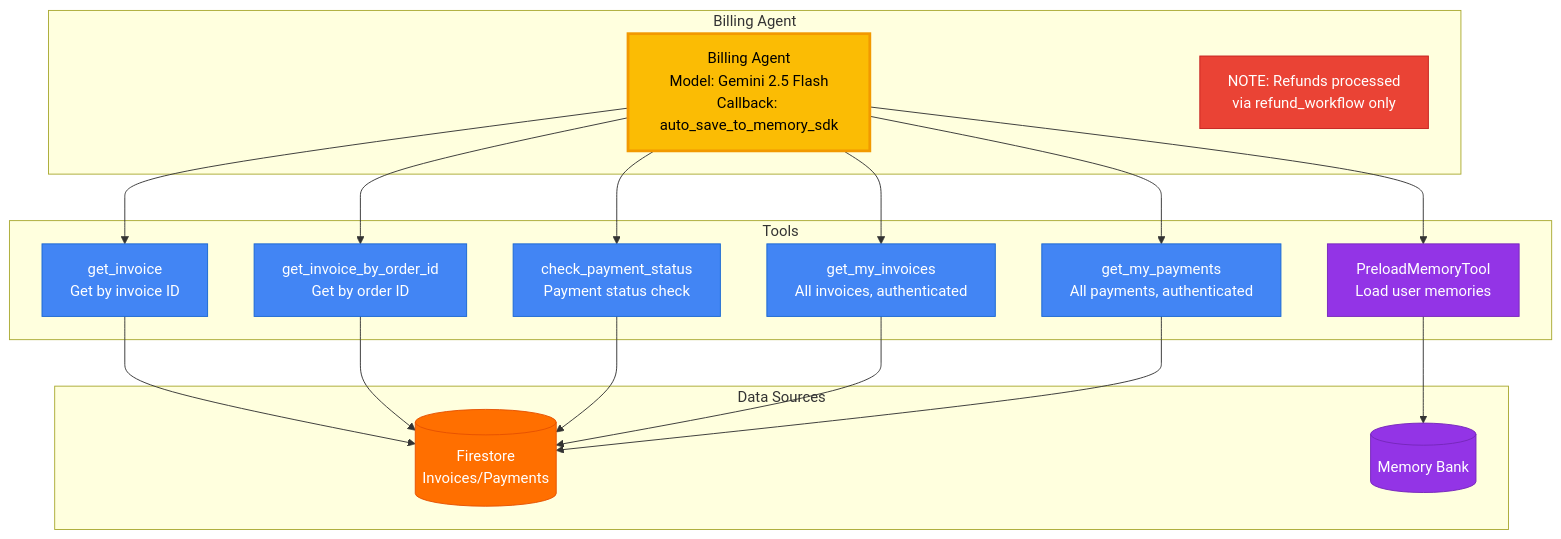
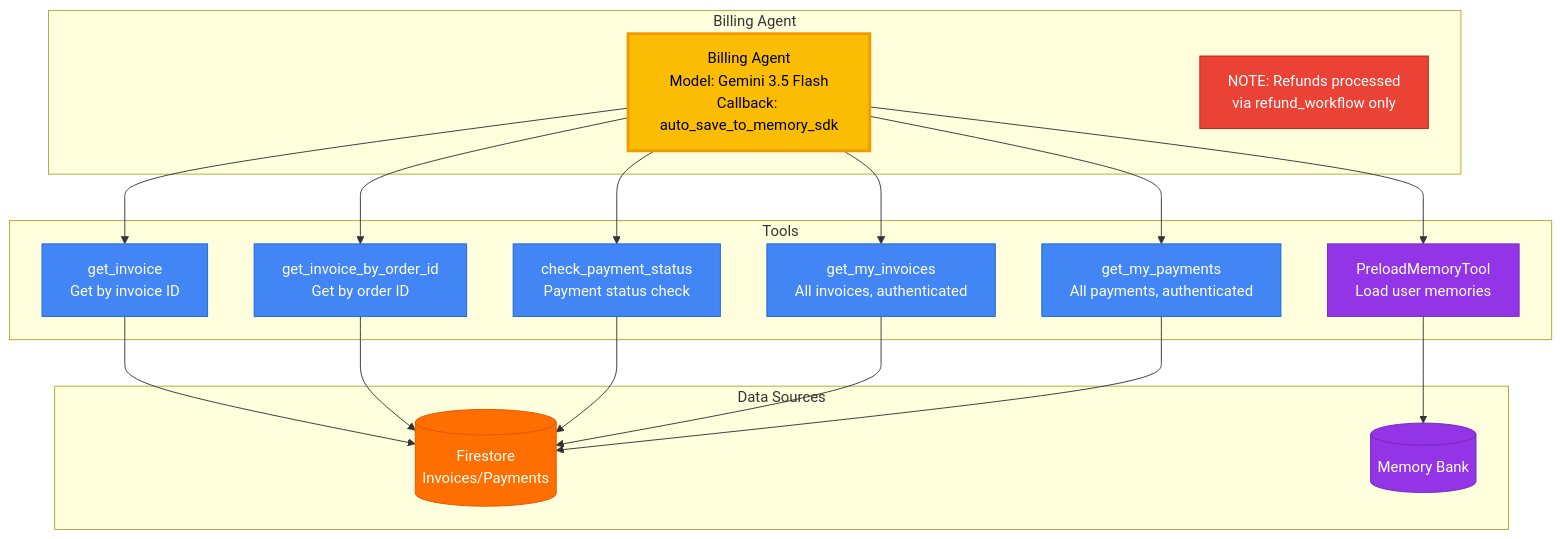
One commit to Saoussen-CH/adk-multiagent-production-template changed the sixth of 6 diagrams in docs/ARCHITECTURE.md. Above: the diagram before and after it, drawn with Mermaid. The commit also changed other lines of this file and 10 other files, not shown here.

First line of the commit message:
docs: update stale Gemini 2.5 Pro/Flash references to 3.5 Flash

````diff
--- a/docs/ARCHITECTURE.md
+++ b/docs/ARCHITECTURE.md
@@ -388,46 +388,46 @@
 ```mermaid
 graph TB
     subgraph "Billing Agent"
-        Agent[Billing Agent<br/>Model: Gemini 2.5 Flash<br/>Callback: auto_save_to_memory_sdk]
+        Agent[Billing Agent<br/>Model: Gemini 3.5 Flash<br/>Callback: auto_save_to_memory_sdk]
         Note[NOTE: Refunds processed<br/>via refund_workflow only]
     end
 
     subgraph "Tools"
         T0[PreloadMemoryTool<br/>Load user memories]
         T1[get_invoice<br/>Get by invoice ID]
         T2[get_invoice_by_order_id<br/>Get by order ID]
         T3[check_payment_status<br/>Payment status check]
         T4[get_my_invoices<br/>All invoices, authenticated]
         T5[get_my_payments<br/>All payments, authenticated]
     end
 
     subgraph "Data Sources"
         Firestore[(Firestore<br/>Invoices/Payments)]
         Memory[(Memory Bank)]
     end
 
     Agent --> T0
     Agent --> T1
     Agent --> T2
     Agent --> T3
     Agent --> T4
     Agent --> T5
 
     T0 --> Memory
     T1 --> Firestore
     T2 --> Firestore
     T3 --> Firestore
     T4 --> Firestore
     T5 --> Firestore
 
     style Agent fill:#FBBC04,stroke:#F29900,color:#000,stroke-width:3px
     style Note fill:#EA4335,stroke:#C5221F,color:#fff
     style T0 fill:#9334E6,stroke:#7627BB,color:#fff
     style T1 fill:#4285F4,stroke:#1967D2,color:#fff
     style T2 fill:#4285F4,stroke:#1967D2,color:#fff
     style T3 fill:#4285F4,stroke:#1967D2,color:#fff
     style T4 fill:#4285F4,stroke:#1967D2,color:#fff
     style T5 fill:#4285F4,stroke:#1967D2,color:#fff
     style Firestore fill:#FF6F00,stroke:#E65100,color:#fff
     style Memory fill:#9334E6,stroke:#7627BB,color:#fff
 ```
````
